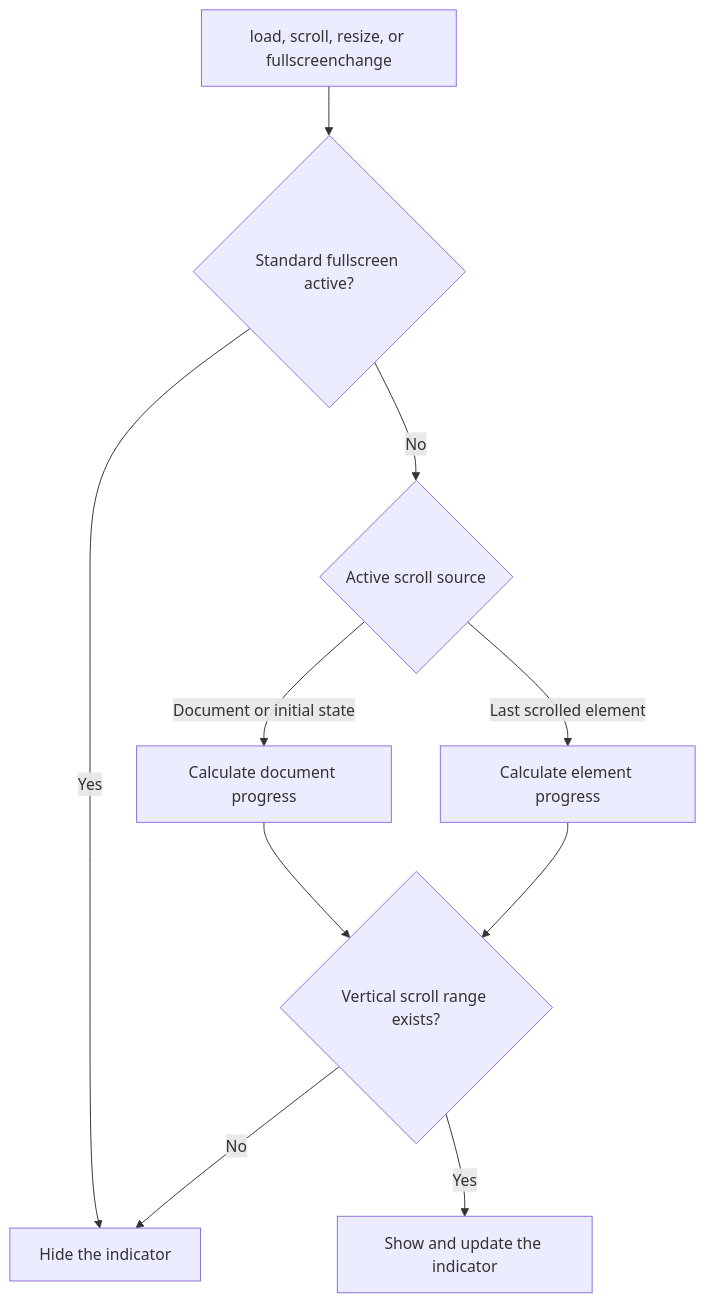
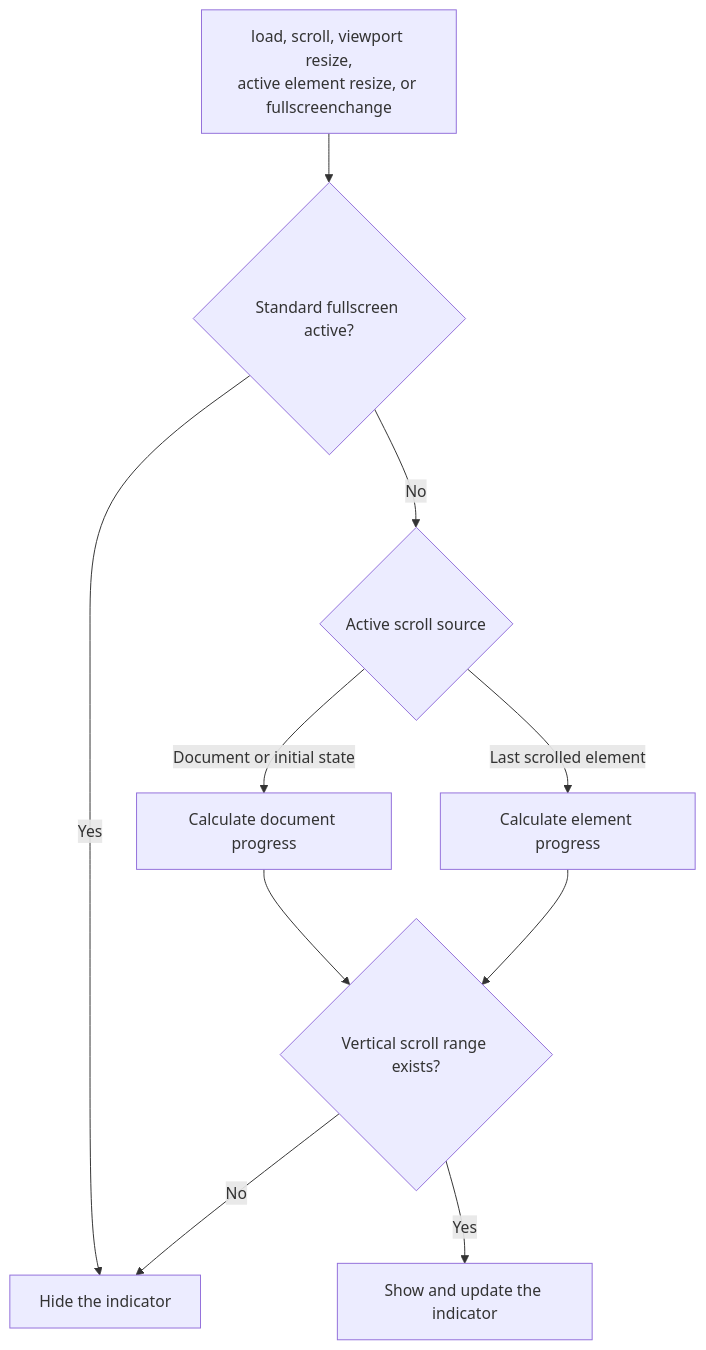
One commit to harapeko/scroll-progress changed the second of 2 diagrams in README.md. Above: the diagram before and after it, drawn with Mermaid. The commit also changed other lines of this file and 2 other files, not shown here.

Commit message:
Clarify active scroll support

````diff
--- a/README.md
+++ b/README.md
@@ -37,12 +38,12 @@
 ```mermaid
 flowchart TD
-  event["load, scroll, resize, or fullscreenchange"] --> fullscreen{"Standard fullscreen active?"}
+  event["load, scroll, viewport resize,<br/>active element resize, or fullscreenchange"] --> fullscreen{"Standard fullscreen active?"}
   fullscreen -- Yes --> hide["Hide the indicator"]
   fullscreen -- No --> target{"Active scroll source"}
   target -- "Document or initial state" --> documentProgress["Calculate document progress"]
   target -- "Last scrolled element" --> elementProgress["Calculate element progress"]
   documentProgress --> range{"Vertical scroll range exists?"}
   elementProgress --> range
   range -- Yes --> show["Show and update the indicator"]
   range -- No --> hide
 ```
````
